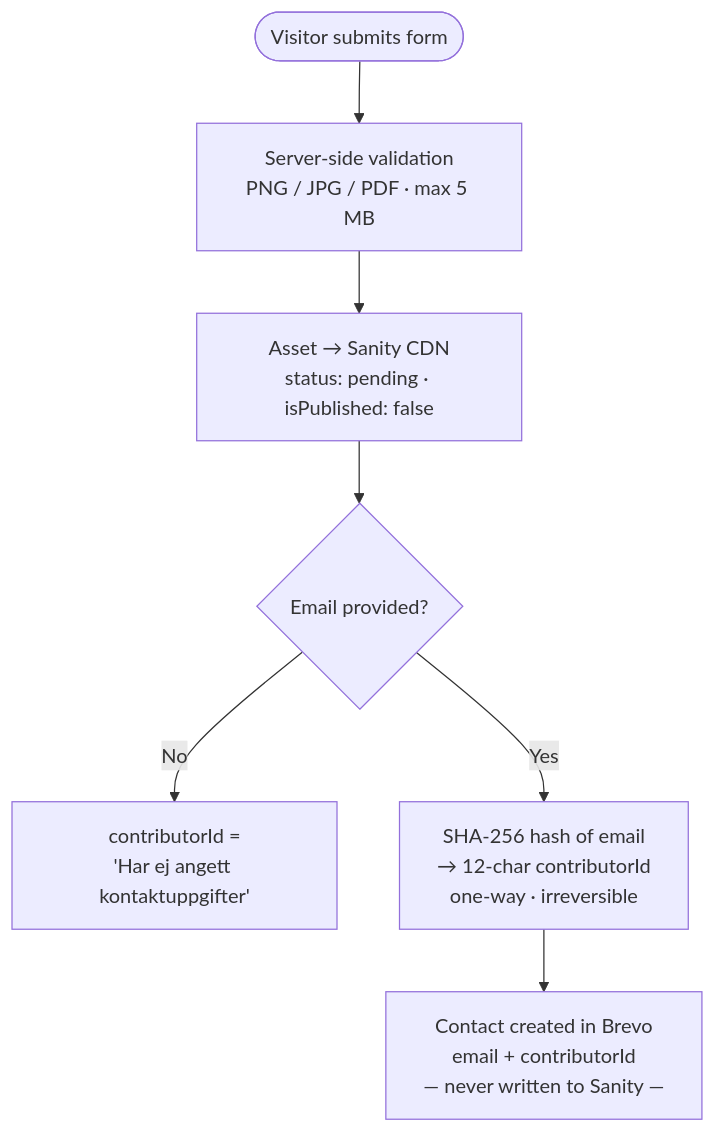
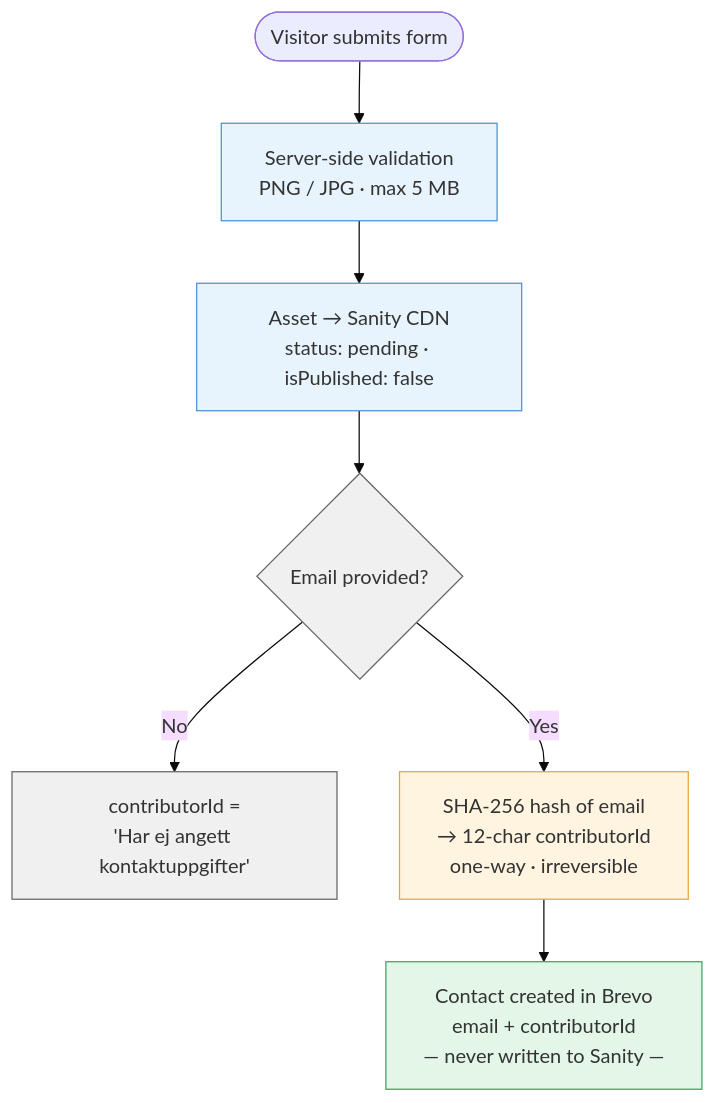
The second of 4 diagrams in README.md (cribepencheff/print-campaign), drawn with Mermaid before and after one commit. The commit also changed other lines of this file and 1 other file, not shown here.

````diff
--- a/README.md
+++ b/README.md
@@ -63,14 +78,28 @@
 ```mermaid
+%%{init: {'theme':'base'}}%%
 flowchart TD
     A([Visitor submits form])
-    B["Server-side validation\nPNG / JPG / PDF · max 5 MB"]
+    B["Server-side validation\nPNG / JPG · max 5 MB"]
     C["Asset → Sanity CDN\nstatus: pending · isPublished: false"]
     D{Email provided?}
     E["contributorId =\n'Har ej angett kontaktuppgifter'"]
     F["SHA-256 hash of email\n→ 12-char contributorId\none-way · irreversible"]
     G["Contact created in Brevo\nemail + contributorId\n— never written to Sanity —"]
 
     A --> B --> C --> D
     D -->|No| E
     D -->|Yes| F --> G
+
+    classDef actor fill:#ECECFF,stroke:#9370DB,stroke-width:1px
+    classDef app fill:#E8F4FD,stroke:#4A90D9,stroke-width:1px
+    classDef sanity fill:#FFF4E0,stroke:#E8A33D,stroke-width:1px
+    classDef brevo fill:#E3F6E8,stroke:#3DA563,stroke-width:1px
+    classDef neutral fill:#F0F0F0,stroke:#666666,stroke-width:1px
+
+    class A actor
+    class B,C app
+    class D neutral
+    class E neutral
+    class F sanity
+    class G brevo
 ```
````
